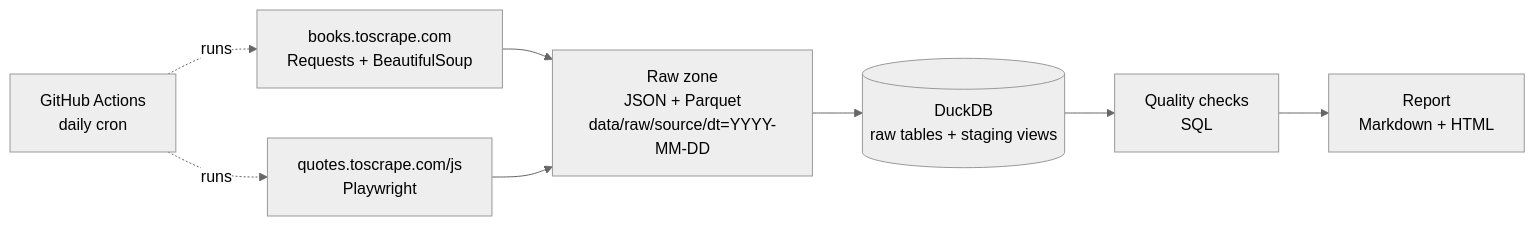
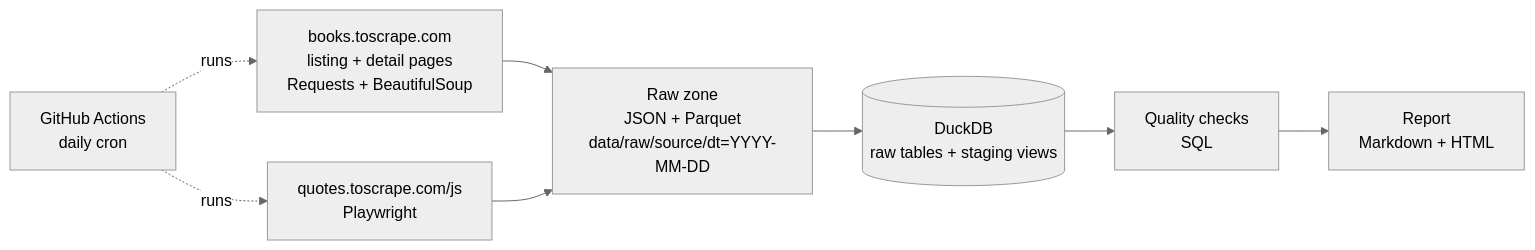
Before and after one commit to phuochuyy/web-data-quality-pipeline: the diagram in README.md, drawn with Mermaid (neutral theme). The commit also changed other lines of this file and 2 other files, not shown here.

Commit message:
docs: README and example report for detail pages and consistency checks

````diff
--- a/README.md
+++ b/README.md
@@ -9,9 +9,9 @@
 ```mermaid
 flowchart LR
-    A[books.toscrape.com<br/>Requests + BeautifulSoup] --> C
+    A[books.toscrape.com<br/>listing + detail pages<br/>Requests + BeautifulSoup] --> C
     B[quotes.toscrape.com/js<br/>Playwright] --> C
     C[Raw zone<br/>JSON + Parquet<br/>data/raw/source/dt=YYYY-MM-DD] --> D[(DuckDB<br/>raw tables + staging views)]
     D --> E[Quality checks<br/>SQL]
     E --> F[Report<br/>Markdown + HTML]
     G[GitHub Actions<br/>daily cron] -.runs.-> A & B
 ```
````
